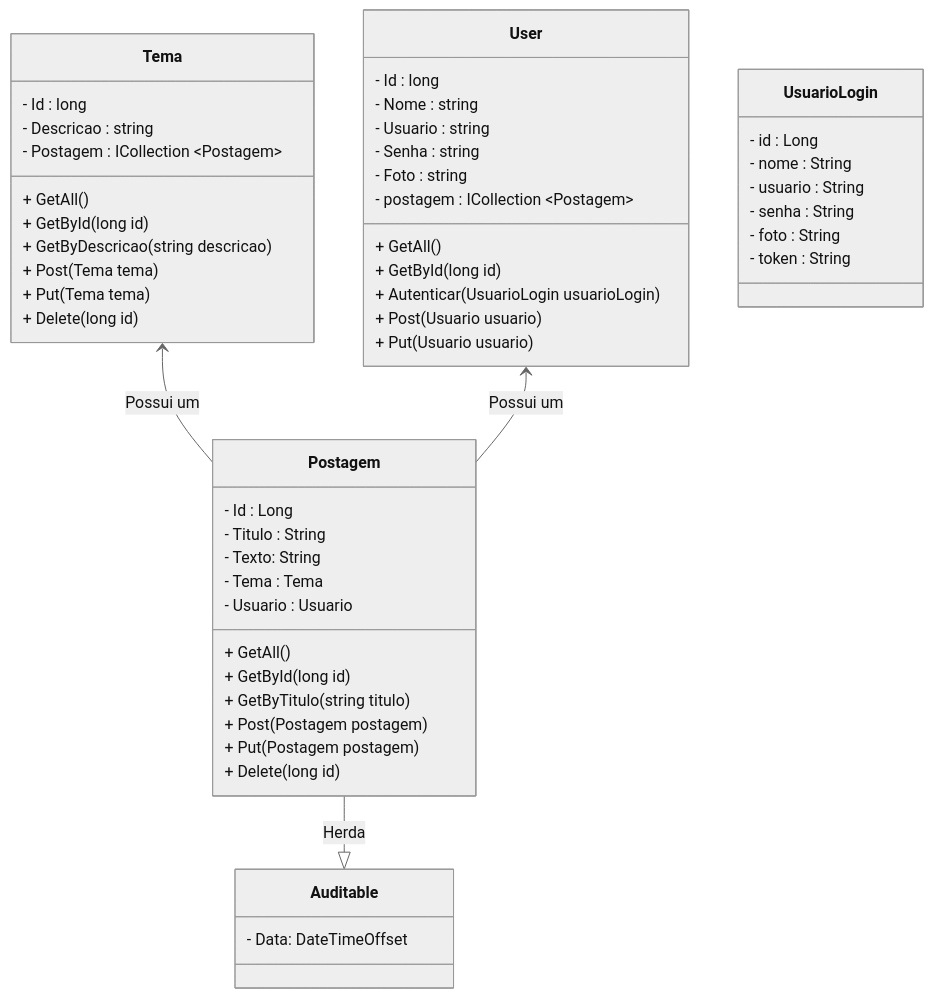
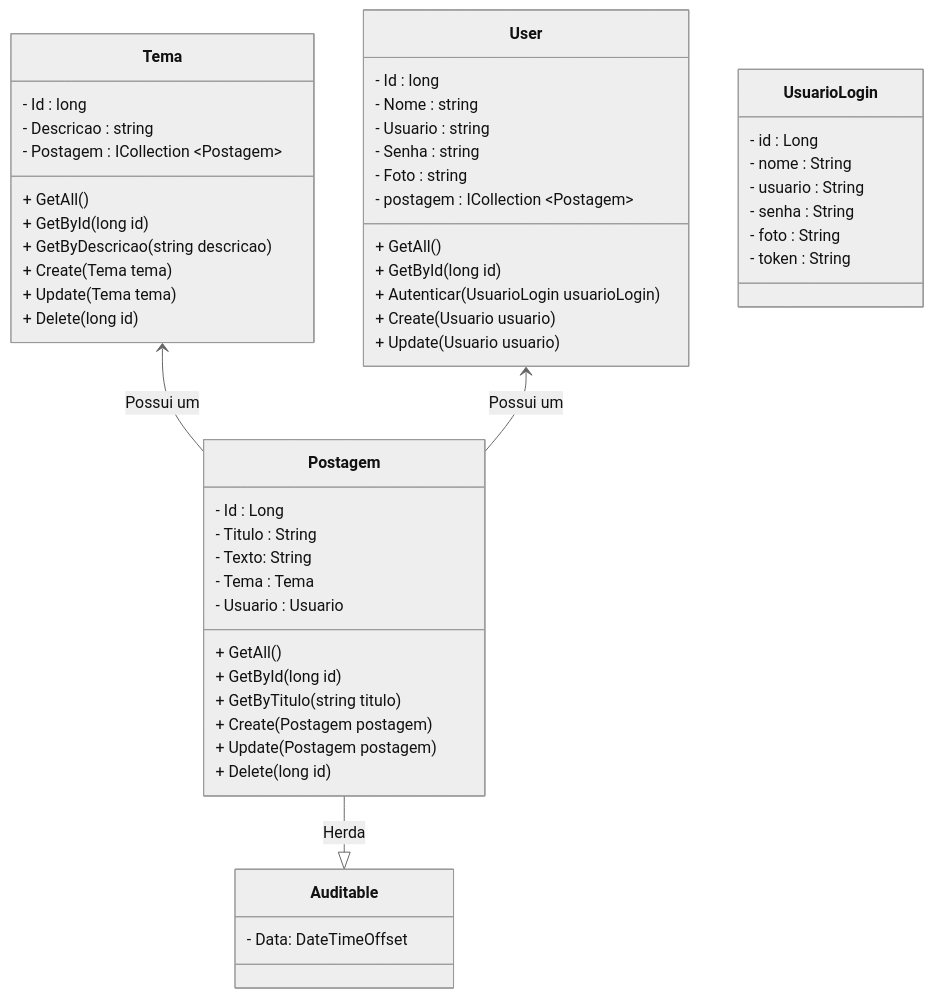
One commit to conteudoGeneration/cookbook_csharp changed the first of 2 diagrams in 04_aspnet/04.md. Above: the diagram before and after it, drawn with Mermaid (neutral theme). The commit also changed other lines of this file and 11 other files, not shown here.

````diff
--- a/04_aspnet/04.md
+++ b/04_aspnet/04.md
@@ -21,54 +21,54 @@
 ```mermaid
 classDiagram
 class Tema {
   - Id : long
   - Descricao : string
   - Postagem : ICollection ~Postagem~
   + GetAll()
   + GetById(long id)
   + GetByDescricao(string descricao)
-  + Post(Tema tema)
-  + Put(Tema tema)
+  + Create(Tema tema)
+  + Update(Tema tema)
   + Delete(long id)
 }
 class Postagem {
   - Id : Long
   - Titulo : String
   - Texto: String
   - Tema : Tema
   - Usuario : Usuario
   + GetAll()
   + GetById(long id)
   + GetByTitulo(string titulo)
-  + Post(Postagem postagem)
-  + Put(Postagem postagem)
+  + Create(Postagem postagem)
+  + Update(Postagem postagem)
   + Delete(long id)
 }
 class Auditable {
   - Data: DateTimeOffset
 }
 class User {
   - Id : long
   - Nome : string
   - Usuario : string
   - Senha : string
   - Foto : string
   - postagem : ICollection ~Postagem~
   + GetAll()
   + GetById(long id)
   + Autenticar(UsuarioLogin usuarioLogin)
-  + Post(Usuario usuario)
-  + Put(Usuario usuario)
+  + Create(Usuario usuario)
+  + Update(Usuario usuario)
 }
 class UsuarioLogin{
   - id : Long
   - nome : String
   - usuario : String
   - senha : String
   - foto : String
   - token : String
 }
 Postagem --|> Auditable: Herda
 Tema <-- Postagem: Possui um
 User <-- Postagem: Possui um
 ```
````
